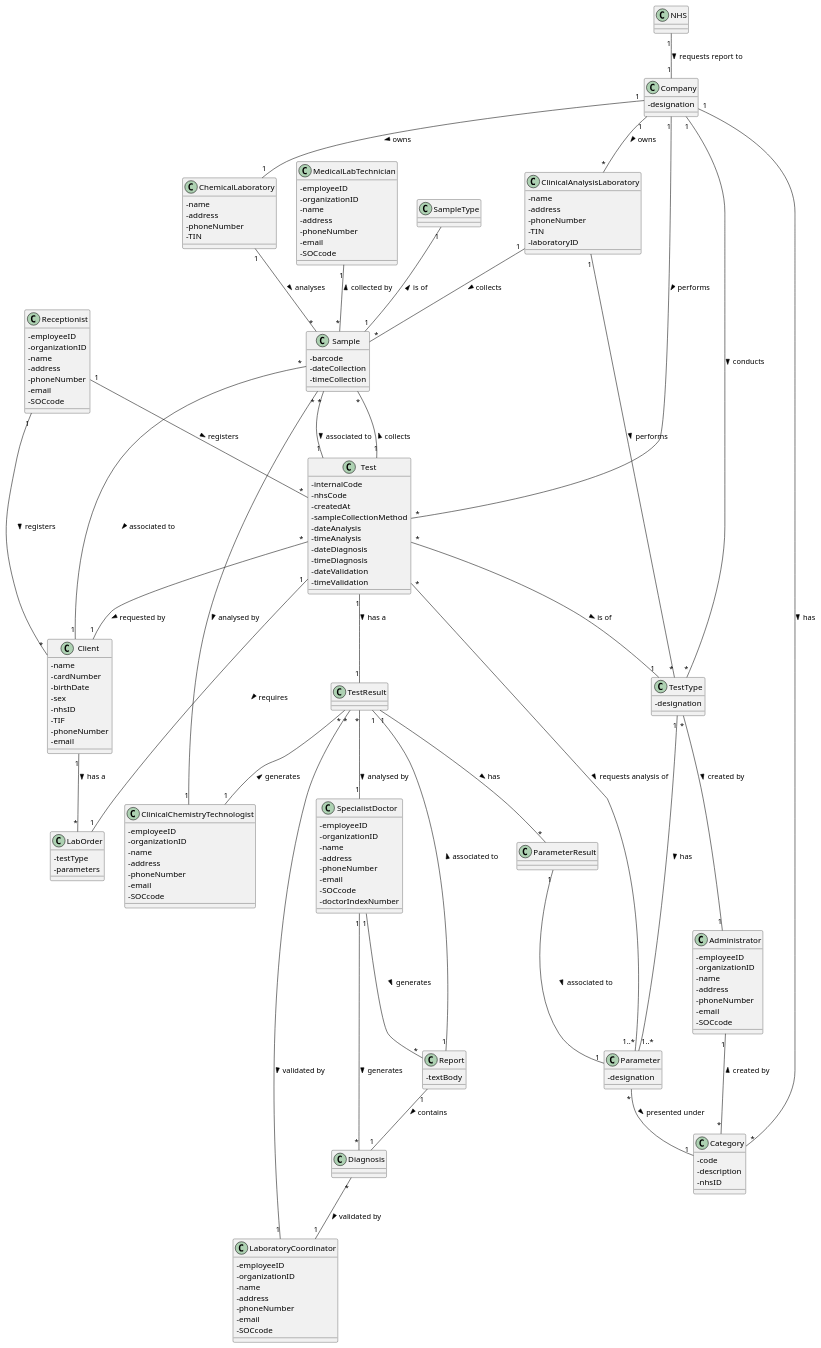
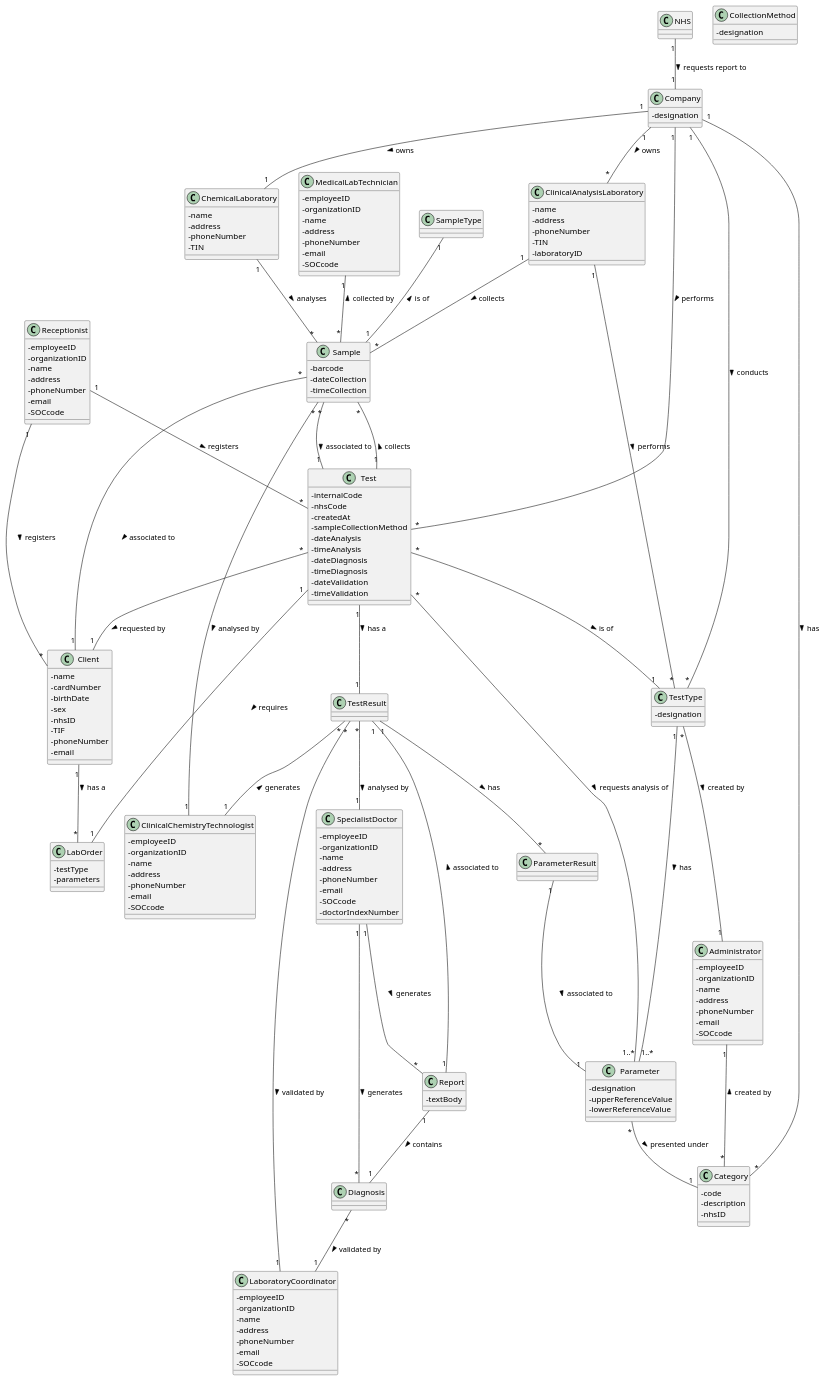
The diagram in docs/SprintB/DM.puml (MadDinosaur/ISEP-LAPR2), drawn with PlantUML before and after one commit. The commit also changed 1 other file, not shown here.

Commit message:
Updated DM - Added "Collection Method" and "Parameter" attributes.

```diff
--- a/docs/SprintB/DM.puml
+++ b/docs/SprintB/DM.puml
@@ -1,163 +1,168 @@
 @startuml
 skinparam classAttributeIconSize 0
 
 class Administrator {
 -employeeID
 -organizationID
 -name
 -address
 -phoneNumber
 -email
 -SOCcode
 }
 class Category {
 -code
 -description
 -nhsID
 }
 class ChemicalLaboratory {
 -name
 -address
 -phoneNumber
 -TIN
+}
+class CollectionMethod {
+-designation
 }
 class Client {
 -name 
 -cardNumber 
 -birthDate 
 -sex 
 -nhsID
 -TIF
 -phoneNumber
 -email
 }
 class ClinicalAnalysisLaboratory {
 -name
 -address
 -phoneNumber
 -TIN
 -laboratoryID
 }
 class ClinicalChemistryTechnologist {
 -employeeID
 -organizationID
 -name
 -address
 -phoneNumber
 -email
 -SOCcode
 }
 class Company {
 -designation
 }
 class Diagnosis
 class LabOrder {
 -testType 
 -parameters 
 }
 class LaboratoryCoordinator {
 -employeeID
 -organizationID
 -name
 -address
 -phoneNumber
 -email
 -SOCcode
 }
 class MedicalLabTechnician {
 -employeeID
 -organizationID
 -name
 -address
 -phoneNumber
 -email
 -SOCcode
 }
 class NHS
 class Receptionist {
 -employeeID
 -organizationID
 -name
 -address
 -phoneNumber
 -email
 -SOCcode
 }
 class Test {
 -internalCode 
 -nhsCode
 -createdAt
 -sampleCollectionMethod
 -dateAnalysis
 -timeAnalysis
 -dateDiagnosis
 -timeDiagnosis
 -dateValidation
 -timeValidation
 }
 class Parameter {
 -designation
+-upperReferenceValue
+-lowerReferenceValue
 }
 class ParameterResult
 class Report {
 -textBody
 }
 class TestResult
 class TestType {
 -designation
 }
 class Sample {
 -barcode
 -dateCollection
 -timeCollection
 }
 class SampleType
 class SpecialistDoctor {
 -employeeID
 -organizationID
 -name
 -address
 -phoneNumber
 -email
 -SOCcode
 -doctorIndexNumber
 }
 
 Administrator "1"--"*" Category : created by <
 ChemicalLaboratory "1"--"*" Sample : analyses >
 Client "1"--"*" LabOrder : has a >
 ClinicalAnalysisLaboratory "1"--"*" Sample : collects >
 ClinicalAnalysisLaboratory "1"--"*" TestType : performs >
 ClinicalChemistryTechnologist "1"--"*" Sample : analysed by <
 Company "1"-down-"*" TestType : conducts >
 Company "1"-down-"*" Category : has >
 Company "1"-down-"*" ClinicalAnalysisLaboratory : owns >
 Company "1"-down-"1" ChemicalLaboratory : owns >
 Diagnosis "*"--"1" LaboratoryCoordinator : validated by >
 Diagnosis "*"--"1" SpecialistDoctor : generates <
 MedicalLabTechnician "1"--"*" Sample : collected by <
 NHS "1"--"1" Company : requests report to >
 Parameter "*"--"1" Category : presented under >
 ParameterResult "1"--"1" Parameter : associated to >
 Receptionist "1"--"*" Client : registers >
 Receptionist "1"--"*" Test : registers >
 Report "1"--"1" Diagnosis : contains >
 Report "1"--"1" TestResult : associated to >
 Sample "*"--"1" Client : associated to >
 Sample "*"--"1" Test : associated to >
 SampleType "1"--"1" Sample  : is of <
 SpecialistDoctor "1"--"*" Report : generates >
 Test "*"--"1" Client : requested by >
 Test "*"-up-"1" Company : performs <
 Test "*"--"1..*" Parameter : requests analysis of >
 Test "1"--"1" LabOrder : requires >
 Test "*"--"1" "TestType" : is of >
 Test "1"--"1" TestResult : has a >
 Test "1"--"*" Sample : collects >
 TestResult "*"--"1" LaboratoryCoordinator : validated by >
 TestResult "*"--"1" SpecialistDoctor : analysed by >
 TestResult "*"--"1" ClinicalChemistryTechnologist : generates <
 TestResult "1"--"*" ParameterResult : has >
 TestType "*"--"1" Administrator : created by >
 TestType "1"--"1..*" Parameter : has >
 @enduml
```
